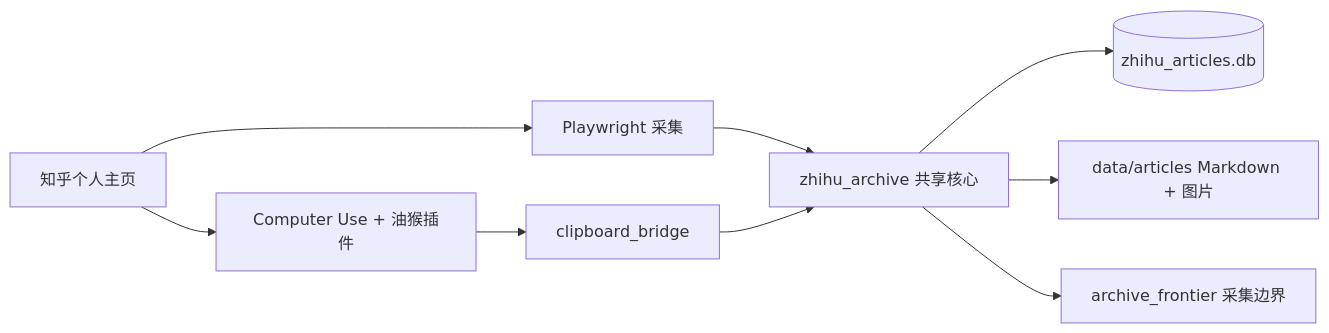
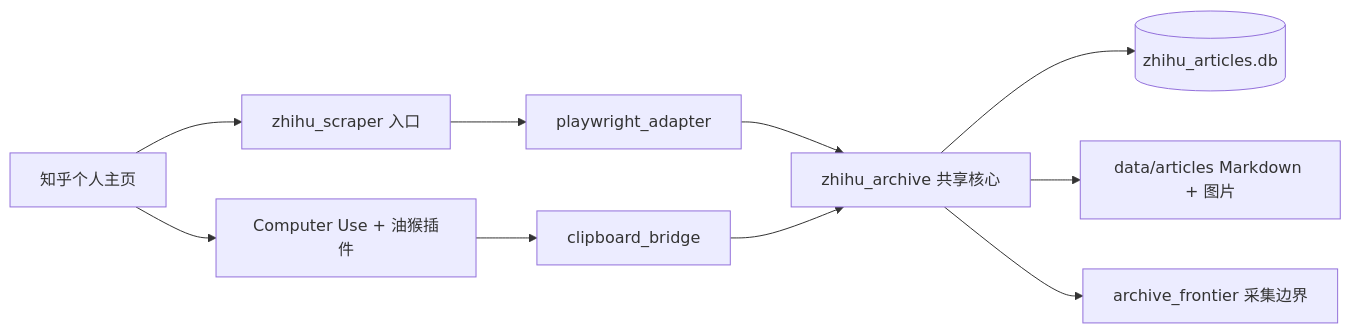
Before and after one commit to maxlixiang/zhihu_data_collection: the diagram in README.md, drawn with Mermaid. The commit also changed other lines of this file and 15 other files, not shown here.

````diff
--- a/README.md
+++ b/README.md
@@ -47,11 +56,12 @@
 ```mermaid
 flowchart LR
-    Z[知乎个人主页] --> P[Playwright 采集]
+    Z[知乎个人主页] --> P[zhihu_scraper 入口]
+    P --> A[playwright_adapter]
     Z --> C[Computer Use + 油猴插件]
-    P --> K[zhihu_archive 共享核心]
+    A --> K[zhihu_archive 共享核心]
     C --> B[clipboard_bridge]
     B --> K
     K --> D[(zhihu_articles.db)]
     K --> F[data/articles Markdown + 图片]
     K --> R[archive_frontier 采集边界]
 ```
````
